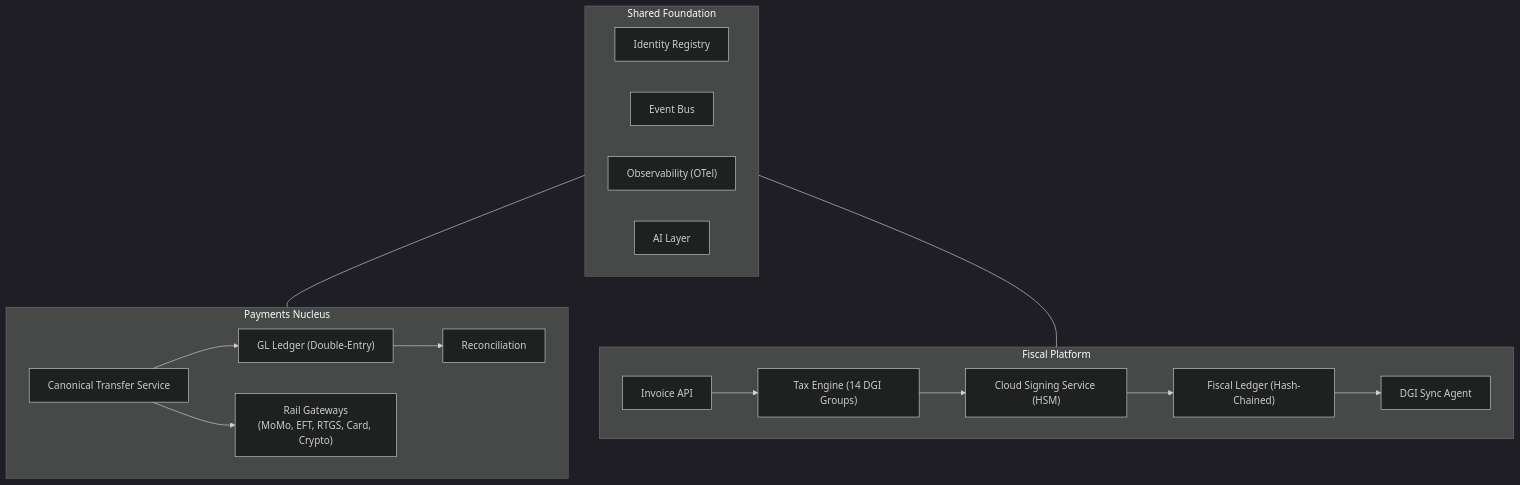
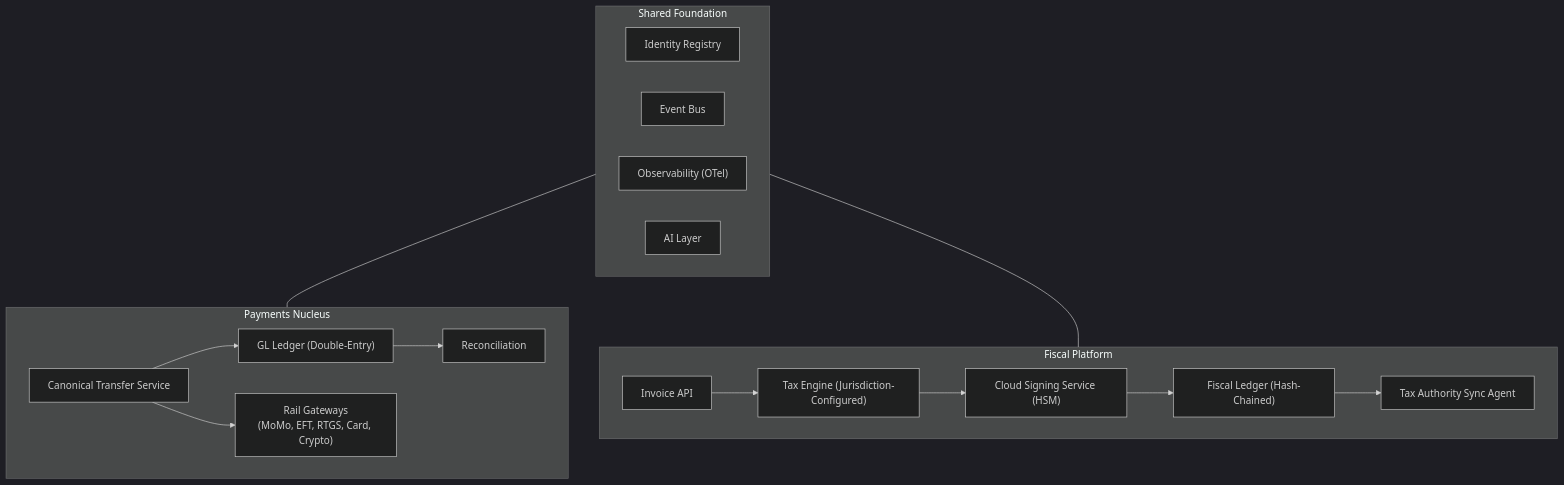
Before and after one commit to stalela/stalela-docs: the diagram in docs/index.md, drawn with Mermaid (dark theme). The commit also changed other lines of this file and 233 other files, not shown here.

````diff
--- a/docs/index.md
+++ b/docs/index.md
@@ -9,35 +9,35 @@
 ```mermaid
 flowchart TD
     subgraph Foundation["Shared Foundation"]
         ID["Identity Registry"]
         EB["Event Bus"]
         OBS["Observability (OTel)"]
         AI["AI Layer"]
     end
 
     subgraph PAY["Payments Nucleus"]
         CTS["Canonical Transfer Service"]
         GL["GL Ledger (Double-Entry)"]
         RAILS["Rail Gateways\n(MoMo, EFT, RTGS, Card, Crypto)"]
         RECON["Reconciliation"]
     end
 
     subgraph FIS["Fiscal Platform"]
         INV["Invoice API"]
-        TAX["Tax Engine (14 DGI Groups)"]
+        TAX["Tax Engine (Jurisdiction-Configured)"]
         CSS["Cloud Signing Service (HSM)"]
         FL["Fiscal Ledger (Hash-Chained)"]
-        SYNC["DGI Sync Agent"]
+        SYNC["Tax Authority Sync Agent"]
     end
 
     CTS --> GL
     CTS --> RAILS
     GL --> RECON
     INV --> TAX
     TAX --> CSS
     CSS --> FL
     FL --> SYNC
 
     Foundation --- PAY
     Foundation --- FIS
 ```
````
